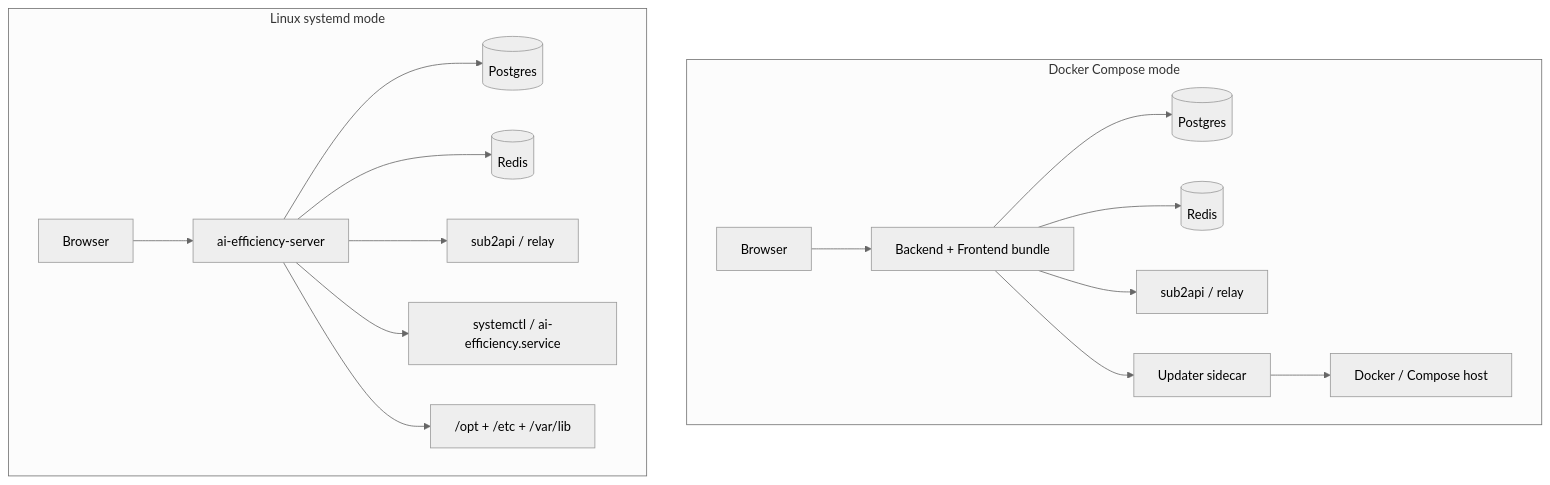
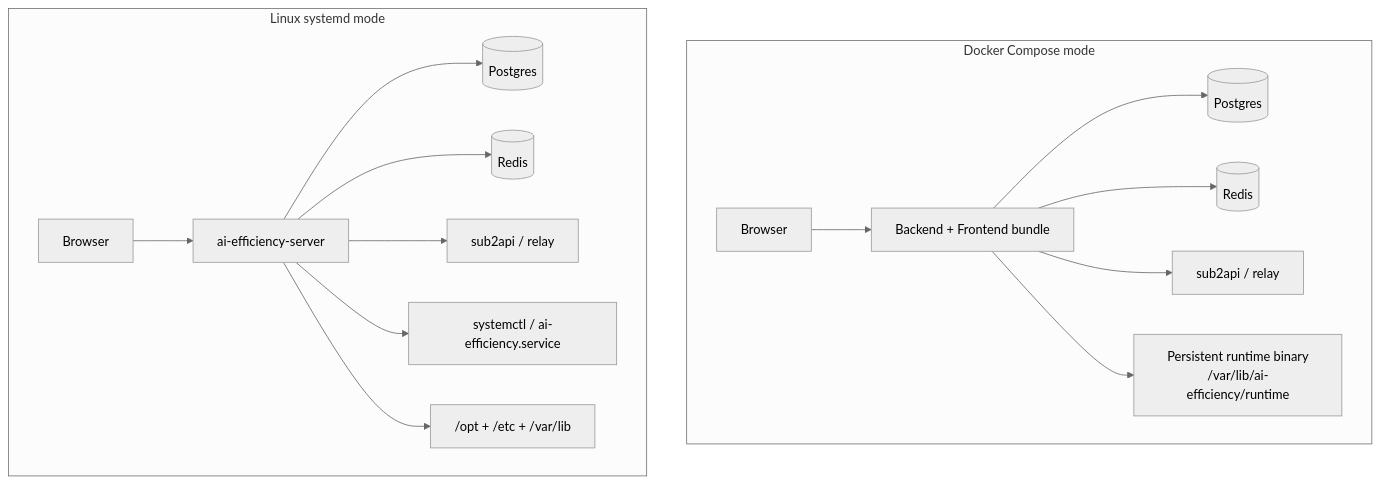
One commit to LichKing-2234/ai-efficiency changed the second of 4 diagrams in docs/architecture.md. Above: the diagram before and after it, drawn with Mermaid (neutral theme). The commit also changed other lines of this file and 26 other files, not shown here.

````diff
--- a/docs/architecture.md
+++ b/docs/architecture.md
@@ -64,36 +64,34 @@
 ```mermaid
 flowchart TD
     subgraph Compose["Docker Compose mode"]
     Browser["Browser"]
     Backend["Backend + Frontend bundle"]
-    Updater["Updater sidecar"]
+    Runtime["Persistent runtime binary<br/>/var/lib/ai-efficiency/runtime"]
     DB[("Postgres")]
     Redis[("Redis")]
     Relay["sub2api / relay"]
-    DockerHost["Docker / Compose host"]
 
     Browser --> Backend
     Backend --> DB
     Backend --> Redis
     Backend --> Relay
-    Backend --> Updater
-    Updater --> DockerHost
+    Backend --> Runtime
     end
 
     subgraph Systemd["Linux systemd mode"]
     Browser2["Browser"]
     Backend2["ai-efficiency-server"]
     Systemctl["systemctl / ai-efficiency.service"]
     FS["/opt + /etc + /var/lib"]
     Relay2["sub2api / relay"]
     DB2[("Postgres")]
     Redis2[("Redis")]
 
     Browser2 --> Backend2
     Backend2 --> DB2
     Backend2 --> Redis2
     Backend2 --> Relay2
     Backend2 --> Systemctl
     Backend2 --> FS
     end
 ```
````
